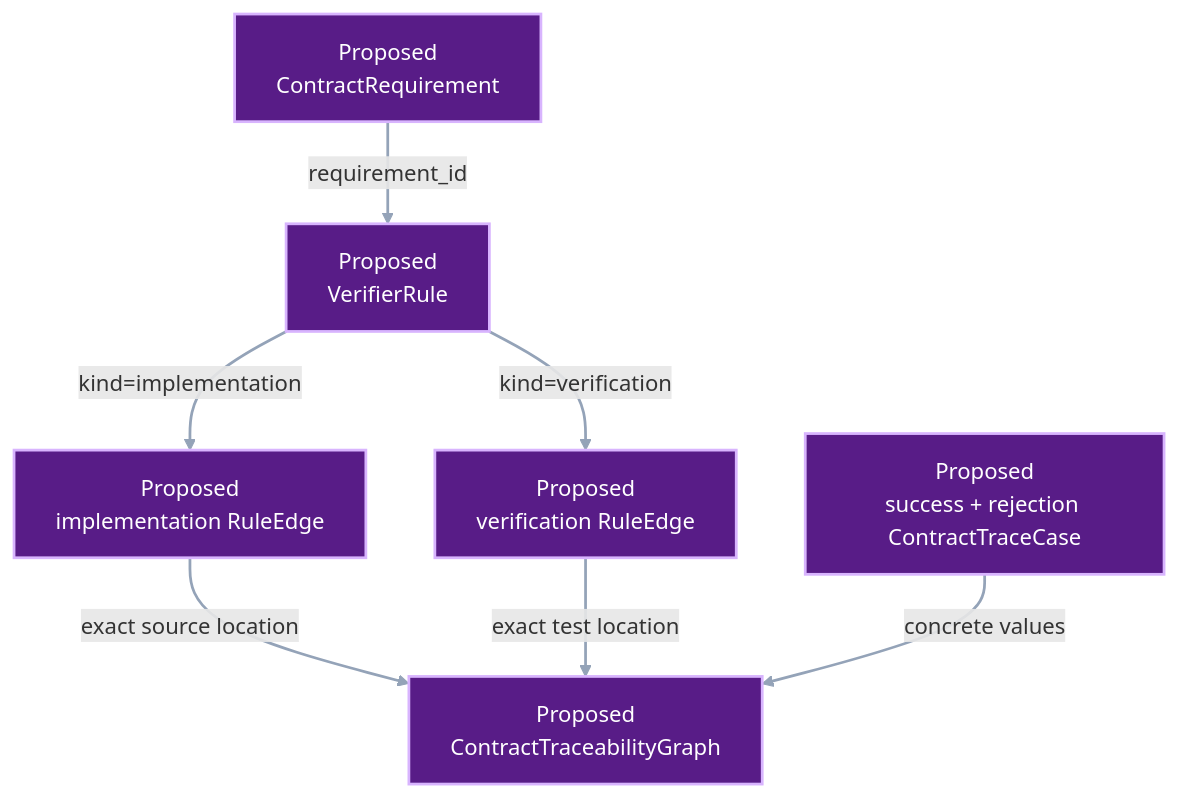
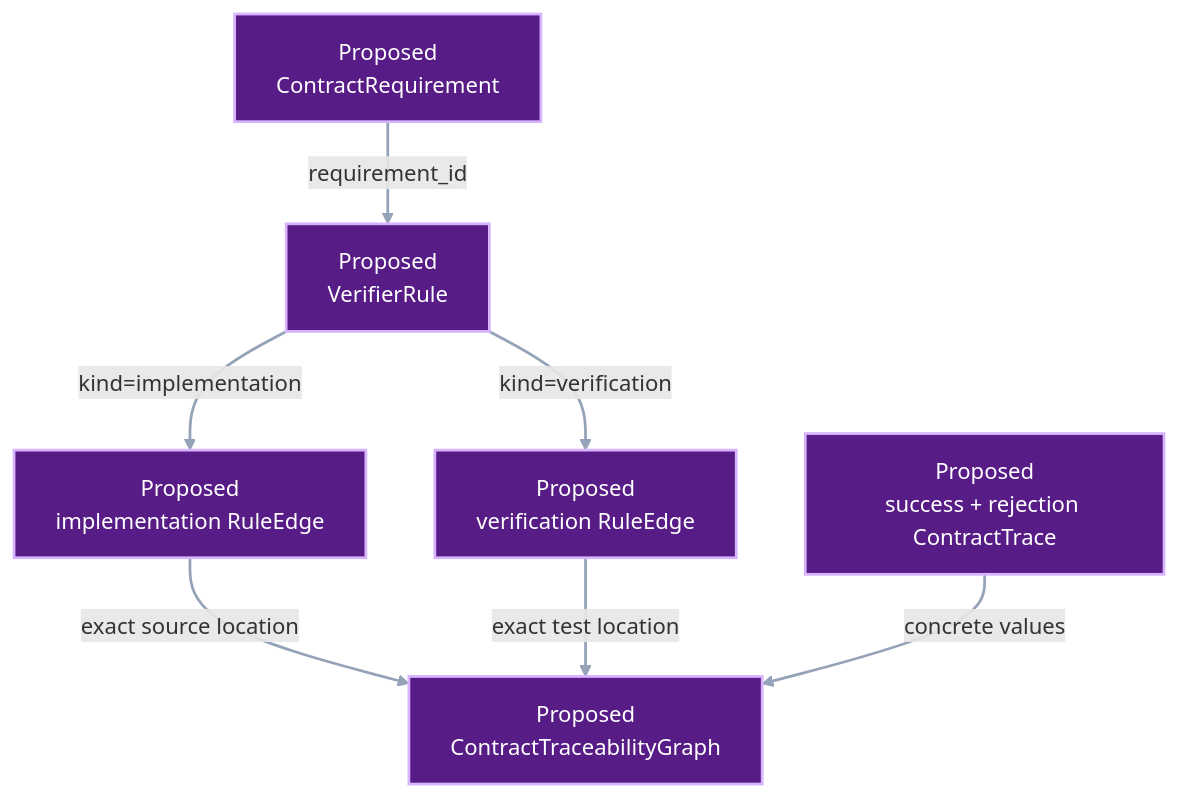
One commit to pvd232/viper changed the second of 3 diagrams in docs/development/contract-requirement-traceability.md. Above: the diagram before and after it, drawn with Mermaid. The commit also changed other lines of this file and 3 other files, not shown here.

Commit message:
Rename contract trace model

````diff
--- a/docs/development/contract-requirement-traceability.md
+++ b/docs/development/contract-requirement-traceability.md
@@ -157,20 +157,20 @@
 ```mermaid
 flowchart TD
     Requirement["Proposed<br/>ContractRequirement"]
     Rule["Proposed<br/>VerifierRule"]
     Owner["Proposed<br/>implementation RuleEdge"]
     Test["Proposed<br/>verification RuleEdge"]
-    Cases["Proposed<br/>success + rejection ContractTraceCase"]
+    Cases["Proposed<br/>success + rejection ContractTrace"]
     Graph["Proposed<br/>ContractTraceabilityGraph"]
 
     Requirement -->|"requirement_id"| Rule
     Rule -->|"kind=implementation"| Owner
     Rule -->|"kind=verification"| Test
     Owner -->|"exact source location"| Graph
     Test -->|"exact test location"| Graph
     Cases -->|"concrete values"| Graph
 
     class Requirement,Rule,Owner,Test,Cases,Graph proposed
     classDef proposed fill:#581c87,stroke:#d8b4fe,color:#ffffff,stroke-width:2px
     linkStyle default stroke:#94a3b8,stroke-width:2px
 ```
````
